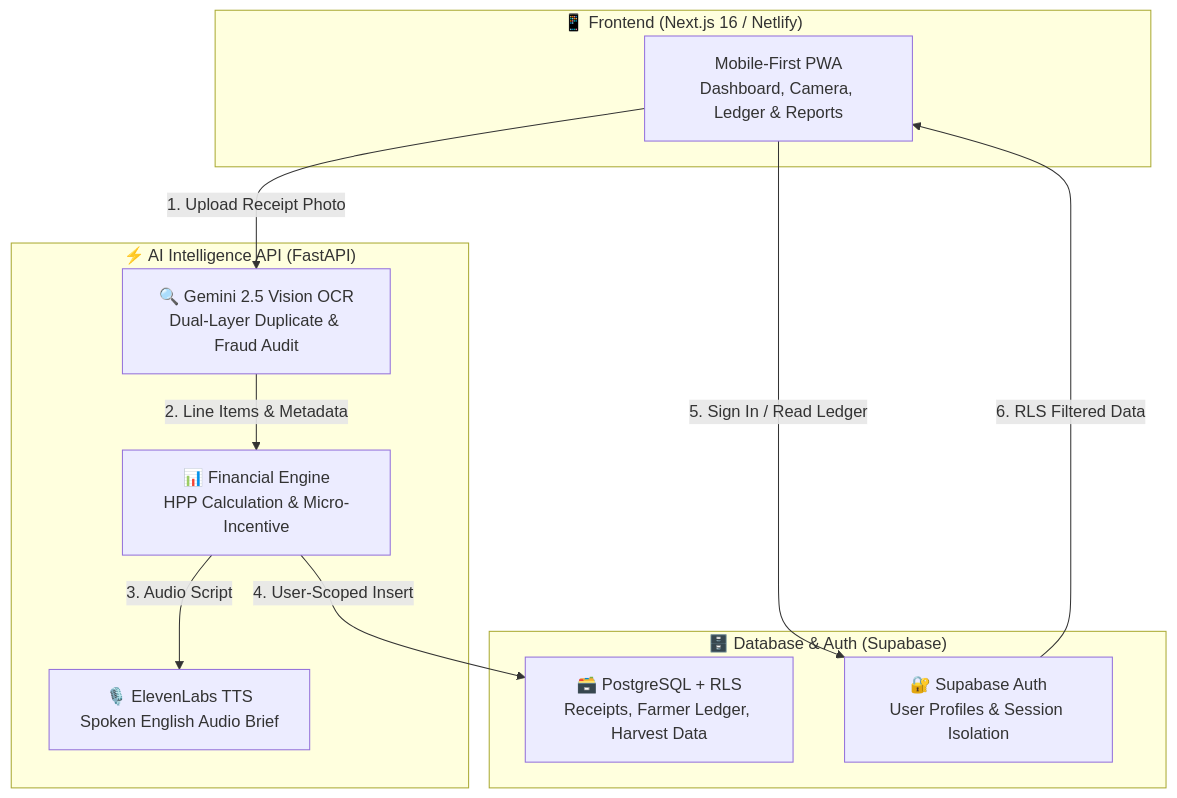
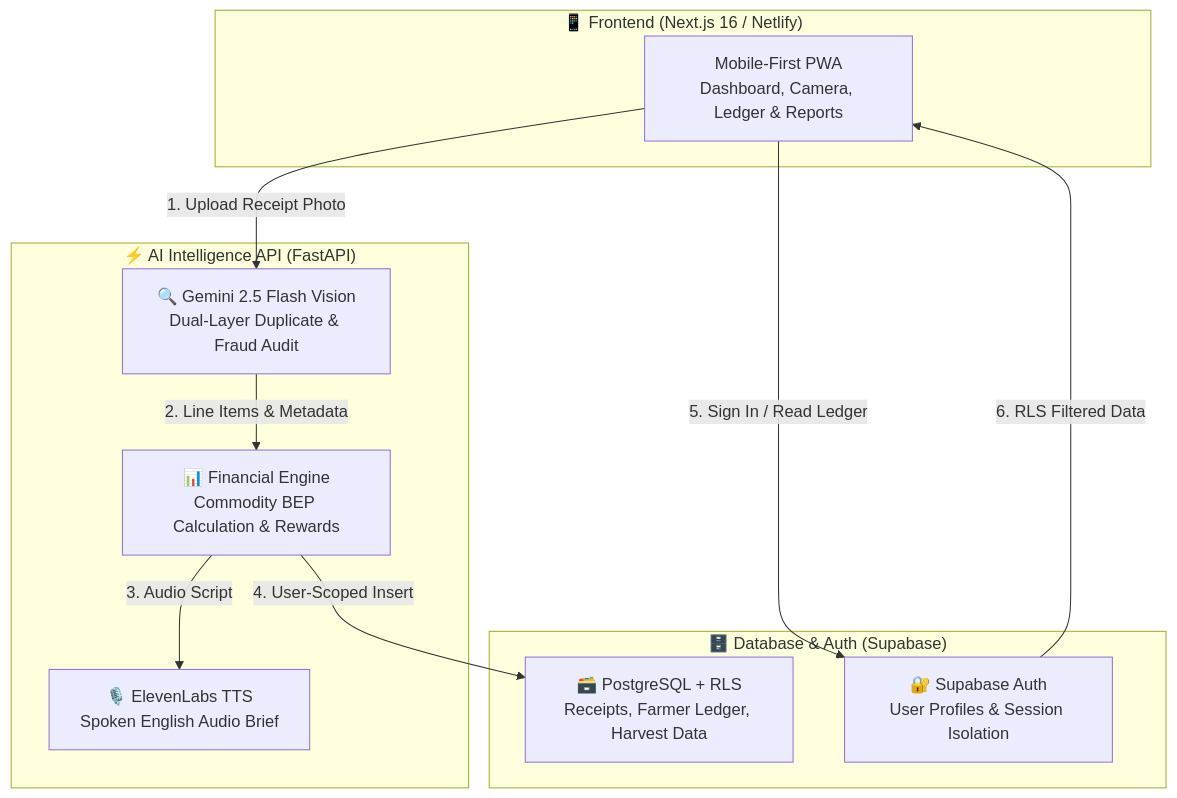
One commit to oejanggg/tanijogo changed the diagram in README.md. Above: the diagram before and after it, drawn with Mermaid. The commit also changed other lines of this file and 4 other files, not shown here.

````diff
--- a/README.md
+++ b/README.md
@@ -22,24 +52,24 @@
 ```mermaid
 flowchart TD
     subgraph Client["📱 Frontend (Next.js 16 / Netlify)"]
         UI["Mobile-First PWA<br/>Dashboard, Camera, Ledger & Reports"]
     end
 
     subgraph Intelligence["⚡ AI Intelligence API (FastAPI)"]
-        OCR["🔍 Gemini 2.5 Vision OCR<br/>Dual-Layer Duplicate & Fraud Audit"]
-        MATH["📊 Financial Engine<br/>HPP Calculation & Micro-Incentive"]
+        OCR["🔍 Gemini 2.5 Flash Vision<br/>Dual-Layer Duplicate & Fraud Audit"]
+        MATH["📊 Financial Engine<br/>Commodity BEP Calculation & Rewards"]
         TTS["🎙️ ElevenLabs TTS<br/>Spoken English Audio Brief"]
     end
 
     subgraph Storage["🗄️ Database & Auth (Supabase)"]
         AUTH["🔐 Supabase Auth<br/>User Profiles & Session Isolation"]
         DB["🗃️ PostgreSQL + RLS<br/>Receipts, Farmer Ledger, Harvest Data"]
     end
 
     UI -->|1. Upload Receipt Photo| OCR
     OCR -->|2. Line Items & Metadata| MATH
     MATH -->|3. Audio Script| TTS
     MATH -->|4. User-Scoped Insert| DB
     UI -->|5. Sign In / Read Ledger| AUTH
     AUTH -->|6. RLS Filtered Data| UI
 ```
````
